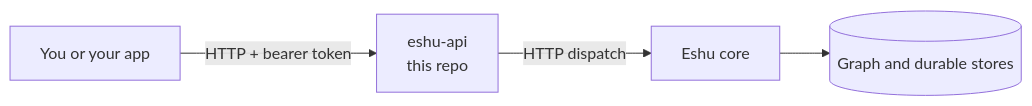
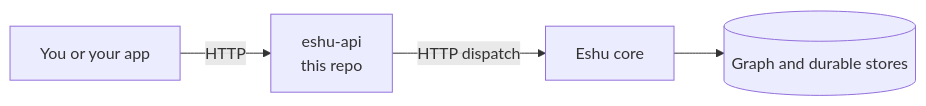
The diagram in README.md (eshu-hq/eshu-api), drawn with Mermaid before and after one commit. The commit also changed other lines of this file and 16 other files, not shown here.

````diff
--- a/README.md
+++ b/README.md
@@ -33,6 +15,6 @@
 ```mermaid
 flowchart LR
-    U[You or your app] -->|HTTP + bearer token| A[eshu-api<br/>this repo]
+    U[You or your app] -->|HTTP| A[eshu-api<br/>this repo]
     A -->|HTTP dispatch| C[Eshu core]
     C --> G[(Graph and durable stores)]
 ```
````
